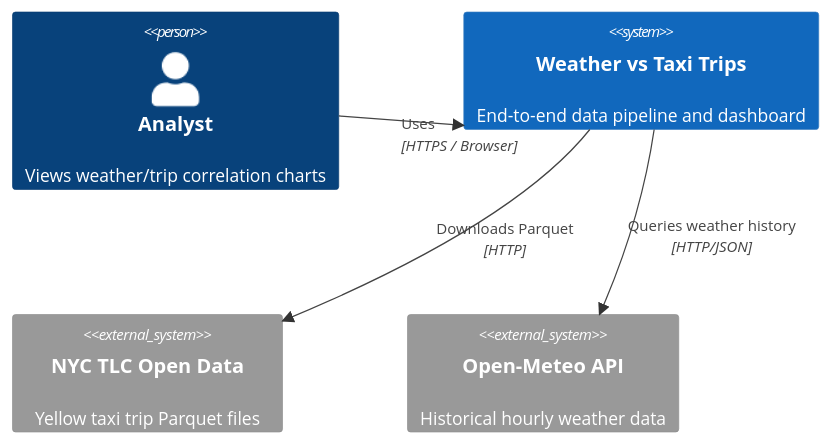
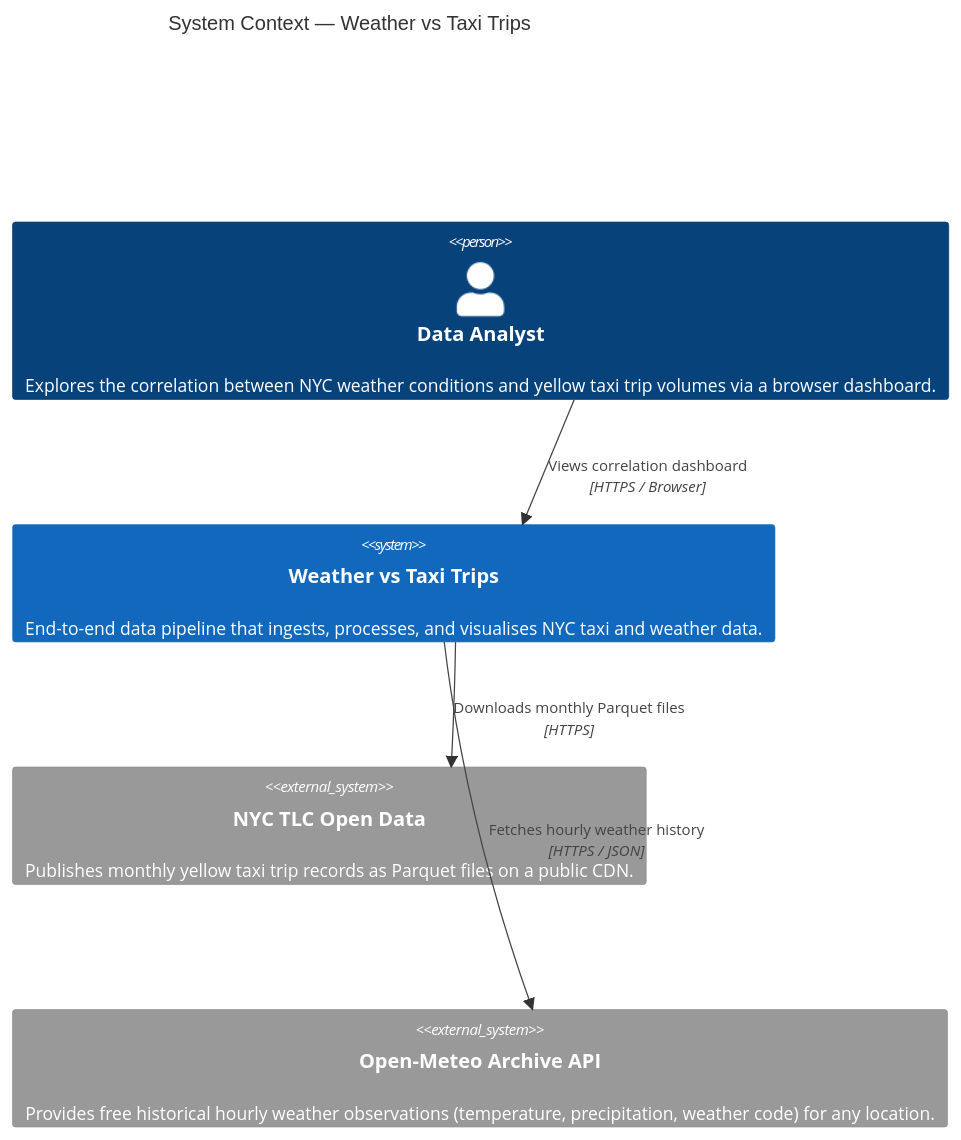
The first of 4 diagrams in docs/architecture/c4.md (kapitan05/weather_vs_taxi_trips), drawn with Mermaid before and after one commit. The commit also changed other lines of this file, not shown here.

````diff
--- a/docs/architecture/c4.md
+++ b/docs/architecture/c4.md
@@ -5,11 +9,15 @@
 ```mermaid
 C4Context
-    Person(analyst, "Analyst", "Views weather/trip correlation charts")
-    System(system, "Weather vs Taxi Trips", "End-to-end data pipeline and dashboard")
-    System_Ext(tlc, "NYC TLC Open Data", "Yellow taxi trip Parquet files")
-    System_Ext(meteo, "Open-Meteo API", "Historical hourly weather data")
+    title System Context — Weather vs Taxi Trips
 
-    Rel(analyst, system, "Uses", "HTTPS / Browser")
-    Rel(system, tlc, "Downloads Parquet", "HTTP")
-    Rel(system, meteo, "Queries weather history", "HTTP/JSON")
+    Person(analyst, "Data Analyst", "Explores the correlation between NYC weather conditions and yellow taxi trip volumes via a browser dashboard.")
+
+    System(system, "Weather vs Taxi Trips", "End-to-end data pipeline that ingests, processes, and visualises NYC taxi and weather data.")
+
+    System_Ext(tlc, "NYC TLC Open Data", "Publishes monthly yellow taxi trip records as Parquet files on a public CDN.")
+    System_Ext(meteo, "Open-Meteo Archive API", "Provides free historical hourly weather observations (temperature, precipitation, weather code) for any location.")
+
+    Rel(analyst, system, "Views correlation dashboard", "HTTPS / Browser")
+    Rel(system, tlc, "Downloads monthly Parquet files", "HTTPS")
+    Rel(system, meteo, "Fetches hourly weather history", "HTTPS / JSON")
 ```
````
